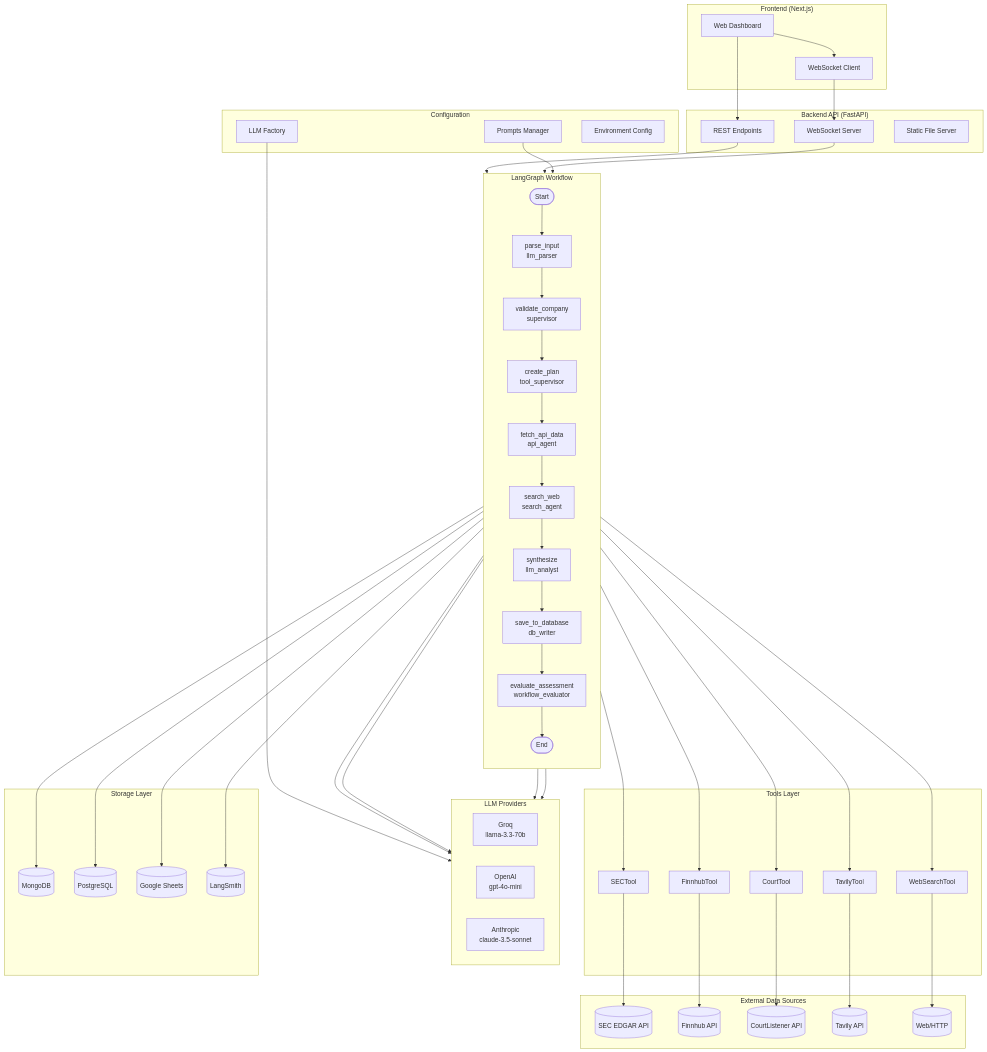
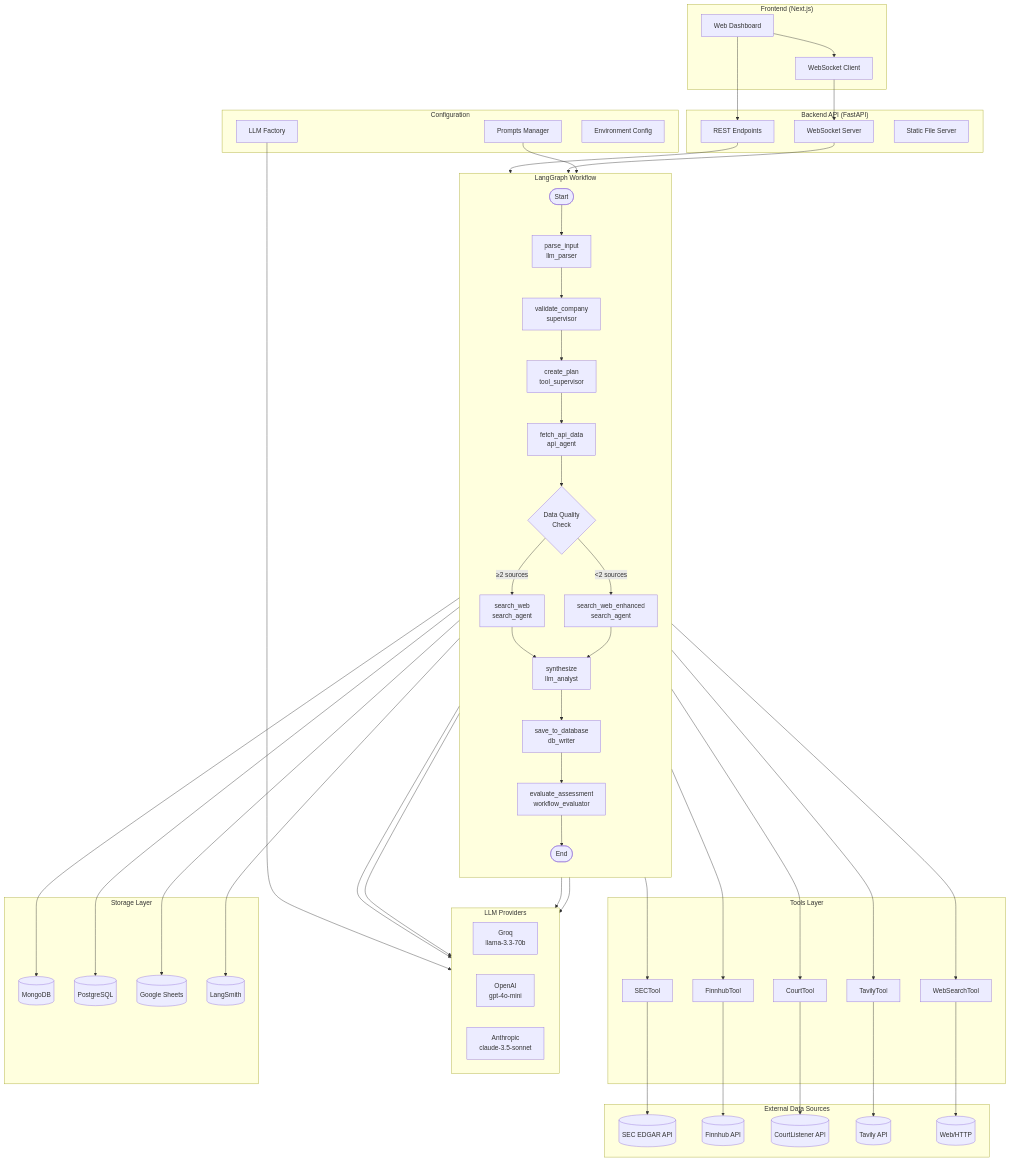
One commit to shahriarkasib/credit-intelligence changed the first of 6 diagrams in docs/ARCHITECTURE.md. Above: the diagram before and after it, drawn with Mermaid. The commit also changed other lines of this file and 9 other files, not shown here.

```diff
--- a/docs/ARCHITECTURE.md
+++ b/docs/ARCHITECTURE.md
@@ -27,8 +27,11 @@
         PARSE[parse_input<br/>llm_parser] --> VALIDATE
         VALIDATE[validate_company<br/>supervisor] --> PLAN
         PLAN[create_plan<br/>tool_supervisor] --> FETCH
-        FETCH[fetch_api_data<br/>api_agent] --> SEARCH
-        SEARCH[search_web<br/>search_agent] --> SYNTH
+        FETCH[fetch_api_data<br/>api_agent] --> ROUTE{Data Quality<br/>Check}
+        ROUTE -->|≥2 sources| SEARCH[search_web<br/>search_agent]
+        ROUTE -->|<2 sources| SEARCH_ENH[search_web_enhanced<br/>search_agent]
+        SEARCH --> SYNTH
+        SEARCH_ENH --> SYNTH
         SYNTH[synthesize<br/>llm_analyst] --> SAVE
         SAVE[save_to_database<br/>db_writer] --> EVAL
         EVAL[evaluate_assessment<br/>workflow_evaluator] --> EXIT([End])
```
